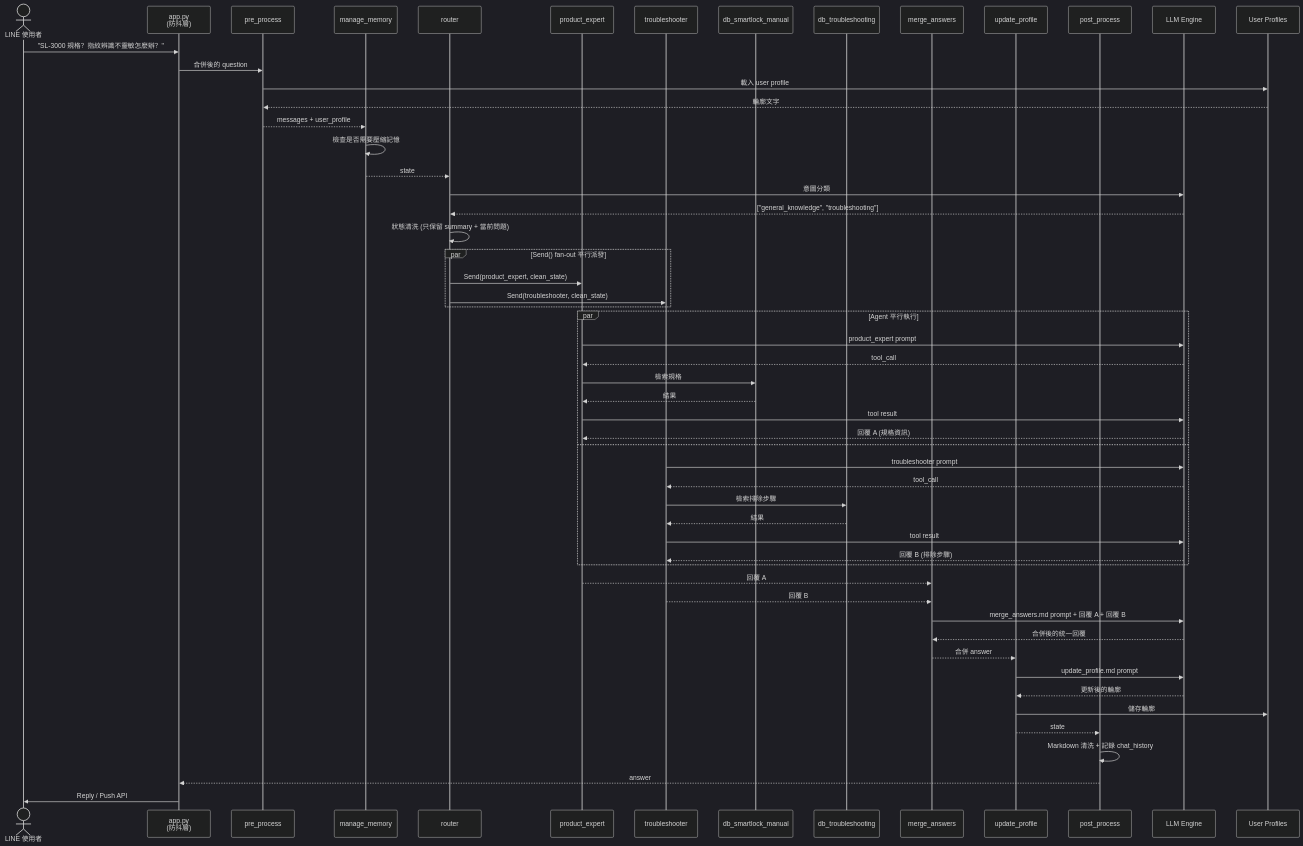
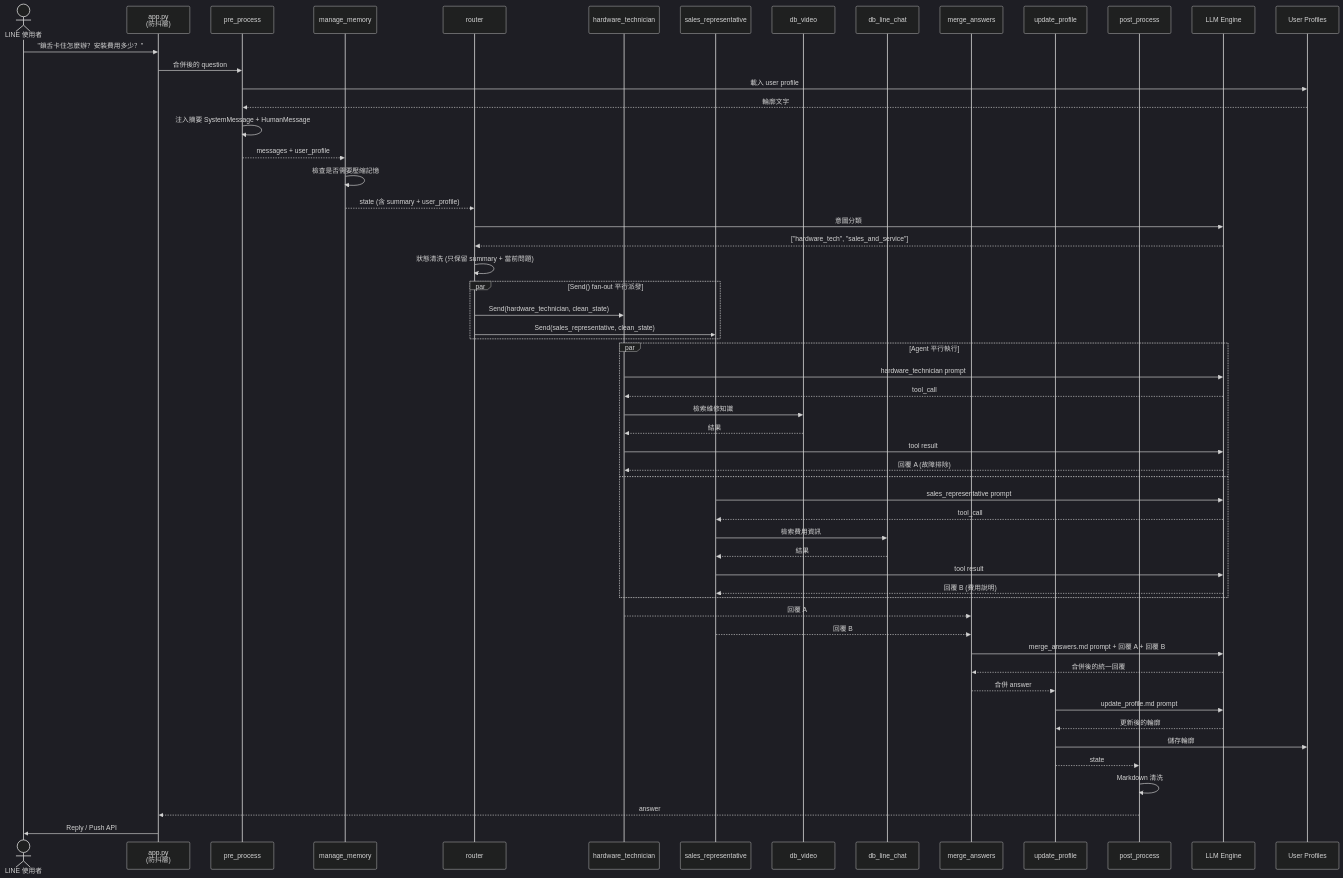
The third of 5 diagrams in agent/docs/manuals/系統架構與流程圖.md (sunnyDataScience/Smart-Lock_AI_Support_Service_Dispatch_SaaS_Platform), drawn with Mermaid (dark theme) before and after one commit. The commit also changed other lines of this file and 79 other files, not shown here.

````diff
--- a/agent/docs/manuals/系統架構與流程圖.md
+++ b/agent/docs/manuals/系統架構與流程圖.md
@@ -232,68 +265,69 @@
 ```mermaid
 sequenceDiagram
     actor User as LINE 使用者
     participant App as app.py<br/>(防抖層)
     participant PP as pre_process
     participant MM as manage_memory
     participant RT as router
-    participant PE as product_expert
-    participant TS as troubleshooter
-    participant Tool_PE as db_smartlock_manual
-    participant Tool_TS as db_troubleshooting
+    participant HT as hardware_technician
+    participant SR as sales_representative
+    participant Tool_HT as db_video
+    participant Tool_SR as db_line_chat
     participant MA as merge_answers
     participant UP as update_profile
     participant Post as post_process
     participant LLM as LLM Engine
     participant Profile as User Profiles
 
-    User->>App: "SL-3000 規格？指紋辨識不靈敏怎麼辦？"
+    User->>App: "鎖舌卡住怎麼辦？安裝費用多少？"
     App->>PP: 合併後的 question
 
     PP->>Profile: 載入 user profile
     Profile-->>PP: 輪廓文字
+    PP->>PP: 注入摘要 SystemMessage + HumanMessage
     PP-->>MM: messages + user_profile
 
     MM->>MM: 檢查是否需要壓縮記憶
-    MM-->>RT: state
+    MM-->>RT: state (含 summary + user_profile)
 
     RT->>LLM: 意圖分類
-    LLM-->>RT: ["general_knowledge", "troubleshooting"]
+    LLM-->>RT: ["hardware_tech", "sales_and_service"]
     RT->>RT: 狀態清洗 (只保留 summary + 當前問題)
 
     par Send() fan-out 平行派發
-        RT->>PE: Send(product_expert, clean_state)
-        RT->>TS: Send(troubleshooter, clean_state)
+        RT->>HT: Send(hardware_technician, clean_state)
+        RT->>SR: Send(sales_representative, clean_state)
     end
 
     par Agent 平行執行
-        PE->>LLM: product_expert prompt
-        LLM-->>PE: tool_call
-        PE->>Tool_PE: 檢索規格
-        Tool_PE-->>PE: 結果
-        PE->>LLM: tool result
-        LLM-->>PE: 回覆 A (規格資訊)
+        HT->>LLM: hardware_technician prompt
+        LLM-->>HT: tool_call
+        HT->>Tool_HT: 檢索維修知識
+        Tool_HT-->>HT: 結果
+        HT->>LLM: tool result
+        LLM-->>HT: 回覆 A (故障排除)
     and
-        TS->>LLM: troubleshooter prompt
-        LLM-->>TS: tool_call
-        TS->>Tool_TS: 檢索排除步驟
-        Tool_TS-->>TS: 結果
-        TS->>LLM: tool result
-        LLM-->>TS: 回覆 B (排除步驟)
+        SR->>LLM: sales_representative prompt
+        LLM-->>SR: tool_call
+        SR->>Tool_SR: 檢索費用資訊
+        Tool_SR-->>SR: 結果
+        SR->>LLM: tool result
+        LLM-->>SR: 回覆 B (費用說明)
     end
 
-    PE-->>MA: 回覆 A
-    TS-->>MA: 回覆 B
+    HT-->>MA: 回覆 A
+    SR-->>MA: 回覆 B
 
     MA->>LLM: merge_answers.md prompt + 回覆 A + 回覆 B
     LLM-->>MA: 合併後的統一回覆
 
     MA-->>UP: 合併 answer
     UP->>LLM: update_profile.md prompt
     LLM-->>UP: 更新後的輪廓
     UP->>Profile: 儲存輪廓
 
     UP-->>Post: state
-    Post->>Post: Markdown 清洗 + 記錄 chat_history
+    Post->>Post: Markdown 清洗
     Post-->>App: answer
     App->>User: Reply / Push API
 ```
````
